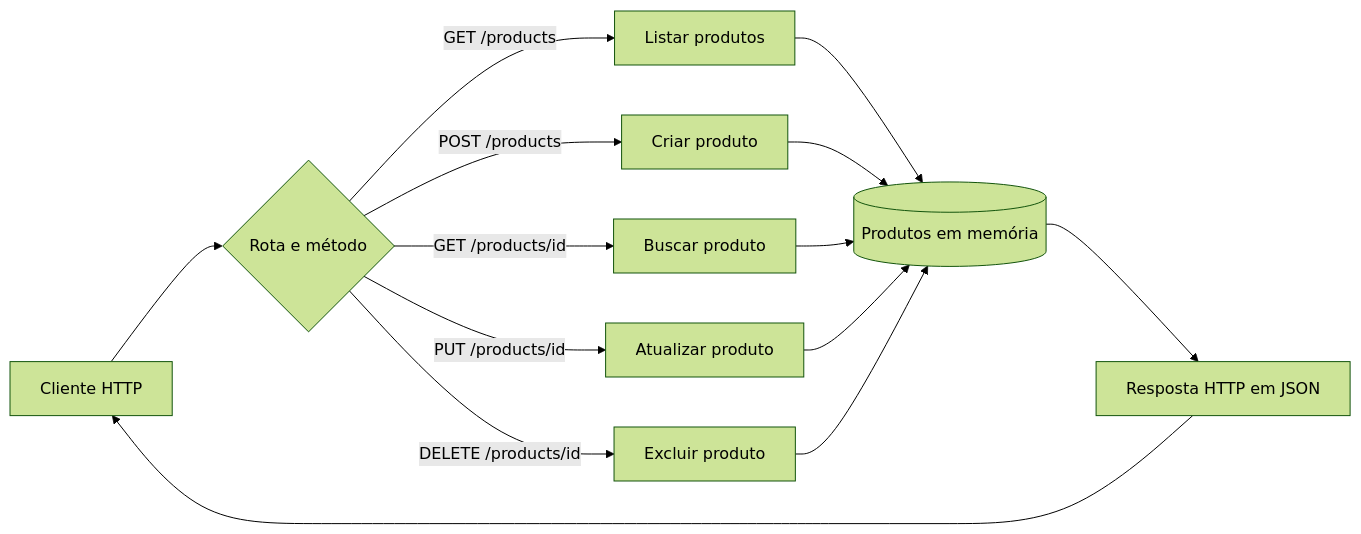
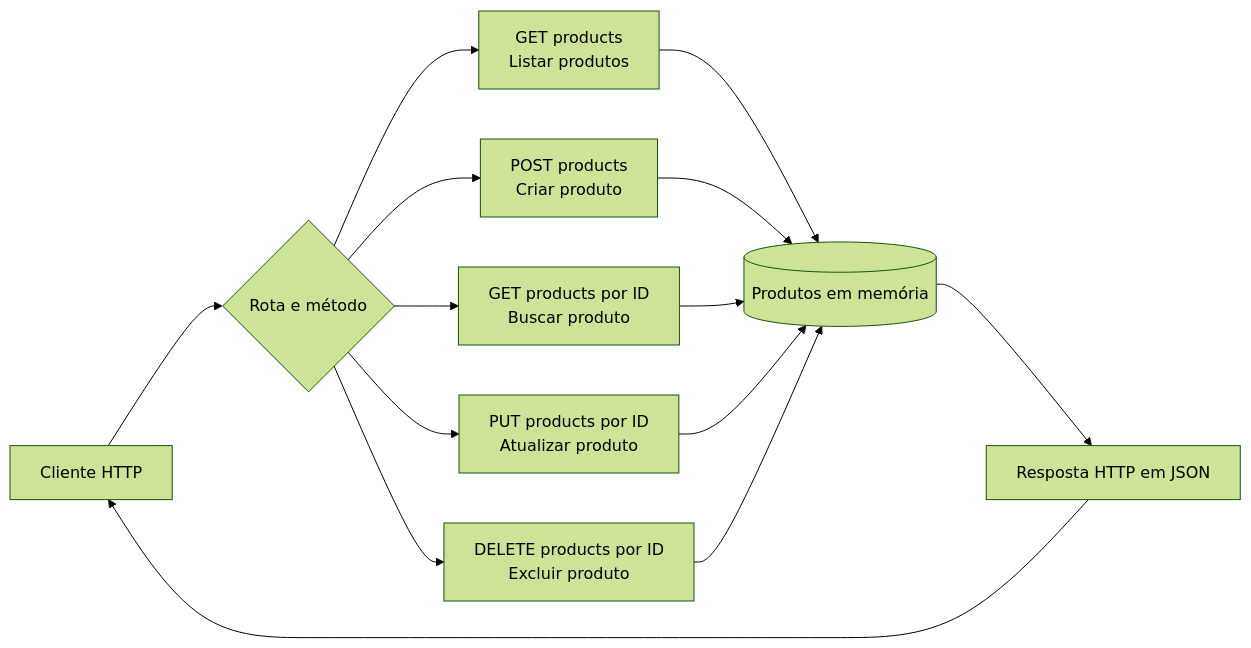
One commit to d-dionisio/api-products changed the diagram in README.md. Above: the diagram before and after it, drawn with Mermaid (forest theme).

Commit message:
fix mermaid diagram in readme

````diff
--- a/README.md
+++ b/README.md
@@ -33,19 +33,19 @@
 ```mermaid
-flowchart LR
-    Client[Cliente HTTP] --> Router{Rota e método}
+graph LR
+    Client["Cliente HTTP"] --> Router{"Rota e método"}
 
-    Router -->|GET /products| List[Listar produtos]
-    Router -->|POST /products| Create[Criar produto]
-    Router -->|GET /products/id| Get[Buscar produto]
-    Router -->|PUT /products/id| Update[Atualizar produto]
-    Router -->|DELETE /products/id| Delete[Excluir produto]
+    Router --> List["GET products<br/>Listar produtos"]
+    Router --> Create["POST products<br/>Criar produto"]
+    Router --> Get["GET products por ID<br/>Buscar produto"]
+    Router --> Update["PUT products por ID<br/>Atualizar produto"]
+    Router --> Delete["DELETE products por ID<br/>Excluir produto"]
 
-    List --> Store[(Produtos em memória)]
+    List --> Store[("Produtos em memória")]
     Create --> Store
     Get --> Store
     Update --> Store
     Delete --> Store
 
-    Store --> Response[Resposta HTTP em JSON]
+    Store --> Response["Resposta HTTP em JSON"]
     Response --> Client
 ```
````
